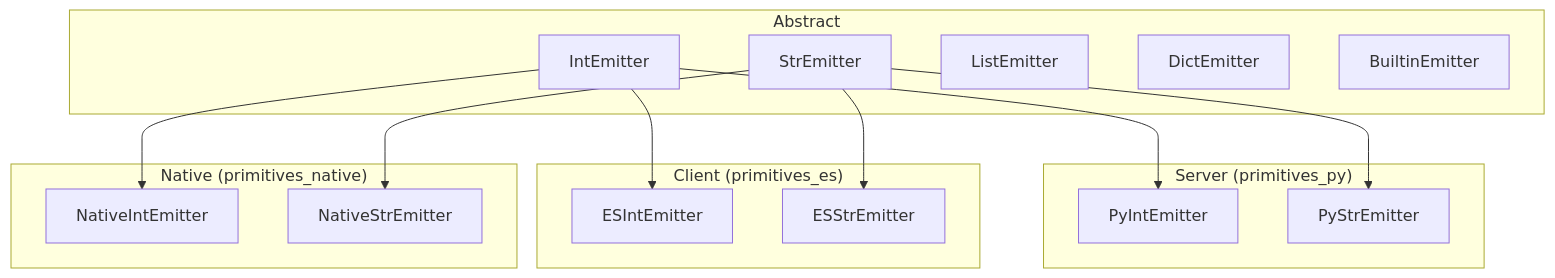
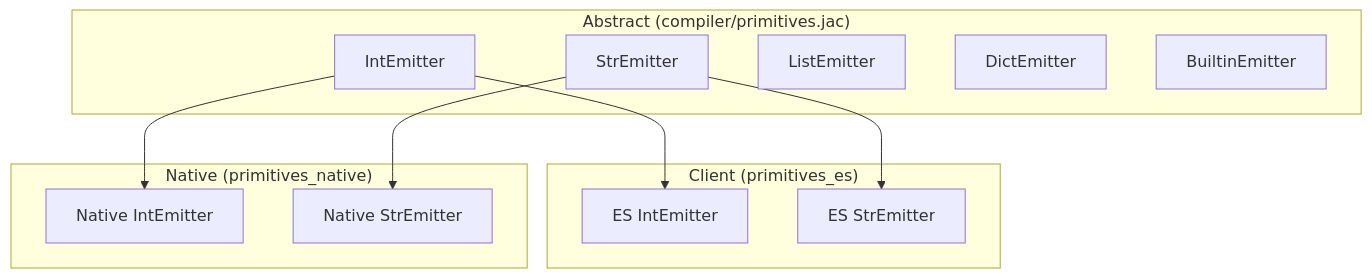
The third of 3 diagrams in jac-gpt/server/docs/internals/compiler_architecture.md (chrstophr/Agentic-AI), drawn with Mermaid before and after one commit. The commit also changed other lines of this file and 125 other files, not shown here.

````diff
--- a/jac-gpt/server/docs/internals/compiler_architecture.md
+++ b/jac-gpt/server/docs/internals/compiler_architecture.md
@@ -463,32 +467,25 @@
 ```mermaid
 graph TD
-    subgraph "Abstract"
+    subgraph "Abstract (compiler/primitives.jac)"
         INT[IntEmitter]
         STR[StrEmitter]
         LIST[ListEmitter]
         DICT[DictEmitter]
         BLT[BuiltinEmitter]
     end
 
-    subgraph "Server (primitives_py)"
-        PyInt[PyIntEmitter]
-        PyStr[PyStrEmitter]
-    end
-
     subgraph "Client (primitives_es)"
-        EsInt[ESIntEmitter]
-        EsStr[ESStrEmitter]
+        EsInt[ES IntEmitter]
+        EsStr[ES StrEmitter]
     end
 
     subgraph "Native (primitives_native)"
-        NaInt[NativeIntEmitter]
-        NaStr[NativeStrEmitter]
+        NaInt[Native IntEmitter]
+        NaStr[Native StrEmitter]
     end
 
-    INT --> PyInt
     INT --> EsInt
     INT --> NaInt
-    STR --> PyStr
     STR --> EsStr
     STR --> NaStr
 ```
````
